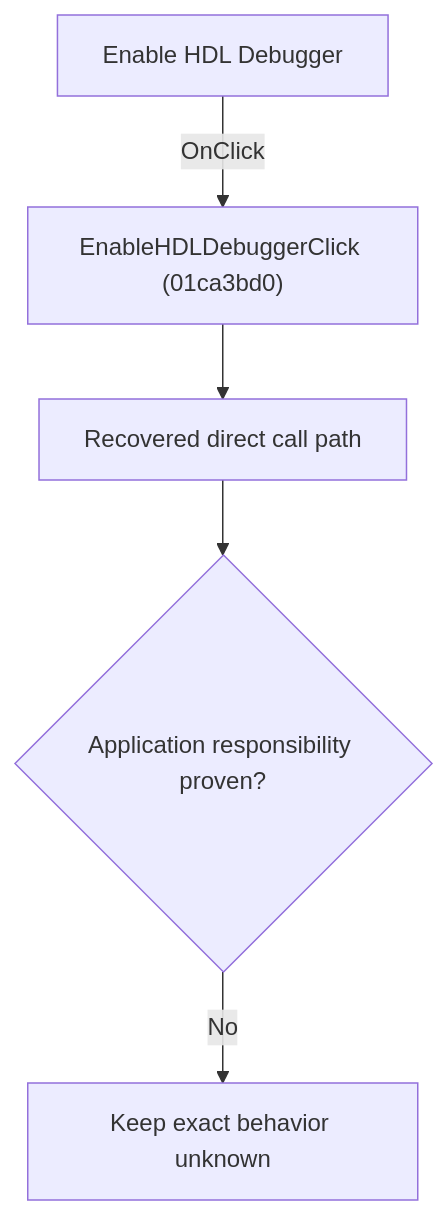
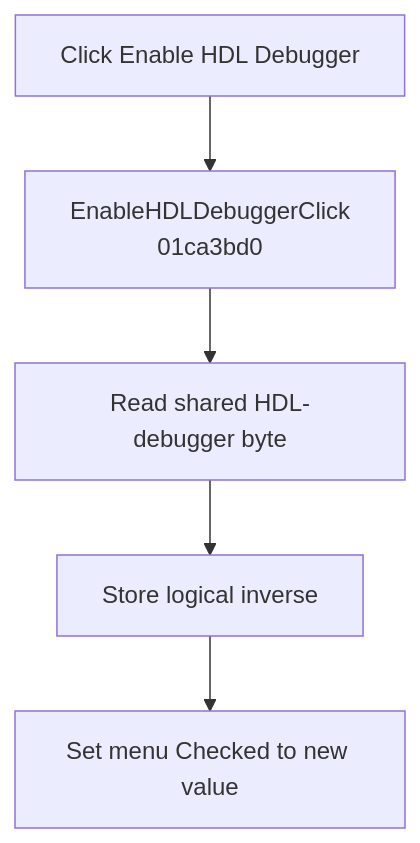
The diagram in docs/ui-controls/schematiceditor/enablehdldebugger-fe1cf2aa62.md (MovGP0/TIARA), drawn with Mermaid before and after one commit. The commit also changed other lines of this file and 241 other files, not shown here.

````diff
--- a/docs/ui-controls/schematiceditor/enablehdldebugger-fe1cf2aa62.md
+++ b/docs/ui-controls/schematiceditor/enablehdldebugger-fe1cf2aa62.md
@@ -27,7 +29,7 @@
 ```mermaid
 flowchart TD
-    control["Enable HDL Debugger"] -->|"OnClick"| handler["EnableHDLDebuggerClick (01ca3bd0)"]
-    handler --> recovered["Recovered direct call path"]
-    recovered --> gap{"Application responsibility proven?"}
-    gap -->|"No"| blocked["Keep exact behavior unknown"]
+    control["Click Enable HDL Debugger"] --> handler["EnableHDLDebuggerClick<br/>01ca3bd0"]
+    handler --> read["Read shared HDL-debugger byte"]
+    read --> toggle["Store logical inverse"]
+    toggle --> menu["Set menu Checked to new value"]
 ```
````
